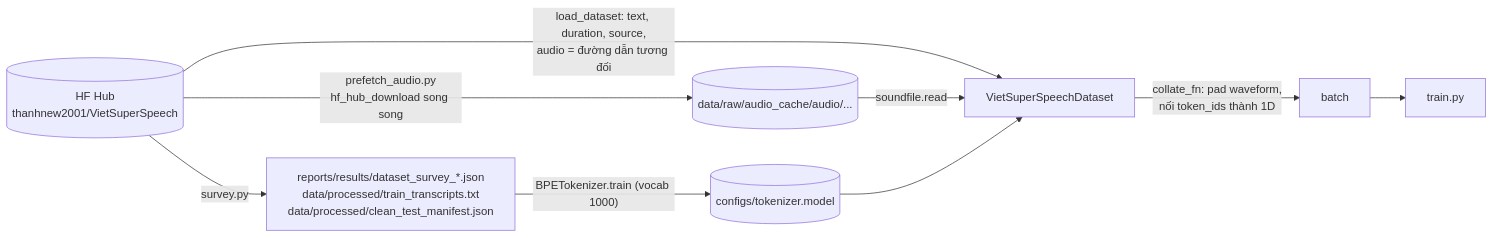
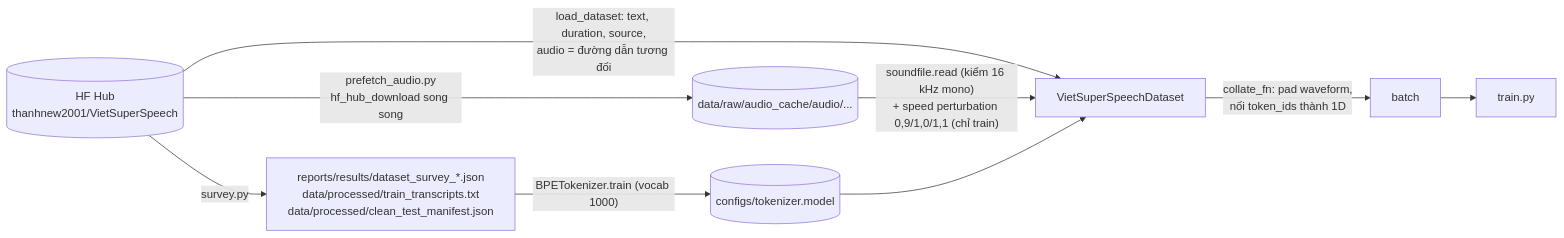
The second of 4 diagrams in ARCHITECTURE.md (VuKhah/specialized-thesis), drawn with Mermaid before and after one commit. The commit also changed other lines of this file and 9 other files, not shown here.

First line of the commit message:
Speed perturbation on-the-fly, bucketing theo do dai, kiem dinh dang audio; tra tai lieu fp32 khoi Mamba

````diff
--- a/ARCHITECTURE.md
+++ b/ARCHITECTURE.md
@@ -38,12 +38,12 @@
 ```mermaid
 flowchart LR
     HF[("HF Hub<br/>thanhnew2001/VietSuperSpeech")]
     HF -->|"load_dataset: text, duration, source,<br/>audio = đường dẫn tương đối"| DS["VietSuperSpeechDataset"]
     HF -->|"prefetch_audio.py<br/>hf_hub_download song song"| CACHE[("data/raw/audio_cache/audio/...")]
-    CACHE -->|"soundfile.read"| DS
+    CACHE -->|"soundfile.read (kiểm 16 kHz mono)<br/>+ speed perturbation 0,9/1,0/1,1 (chỉ train)"| DS
     HF -->|"survey.py"| SV["reports/results/dataset_survey_*.json<br/>data/processed/train_transcripts.txt<br/>data/processed/clean_test_manifest.json"]
     SV -->|"BPETokenizer.train (vocab 1000)"| TOK[("configs/tokenizer.model")]
     TOK --> DS
     DS -->|"collate_fn: pad waveform,<br/>nối token_ids thành 1D"| B["batch"]
     B --> TR["train.py"]
 ```
````
